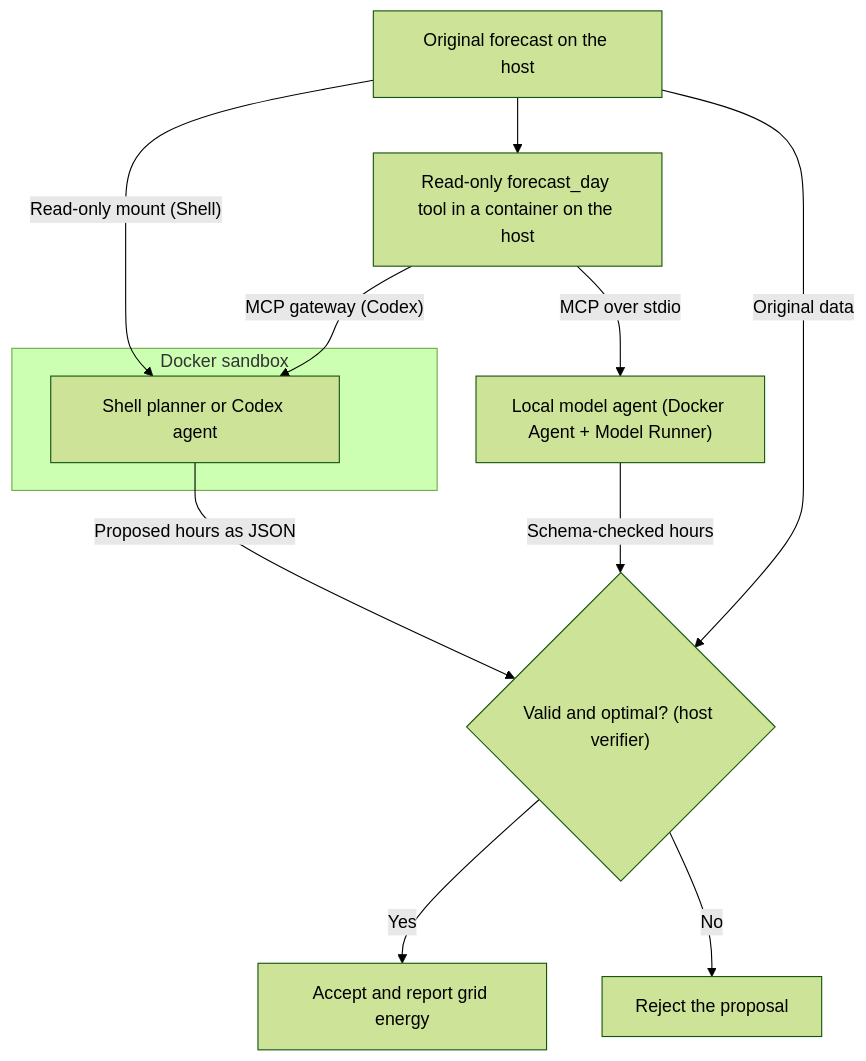
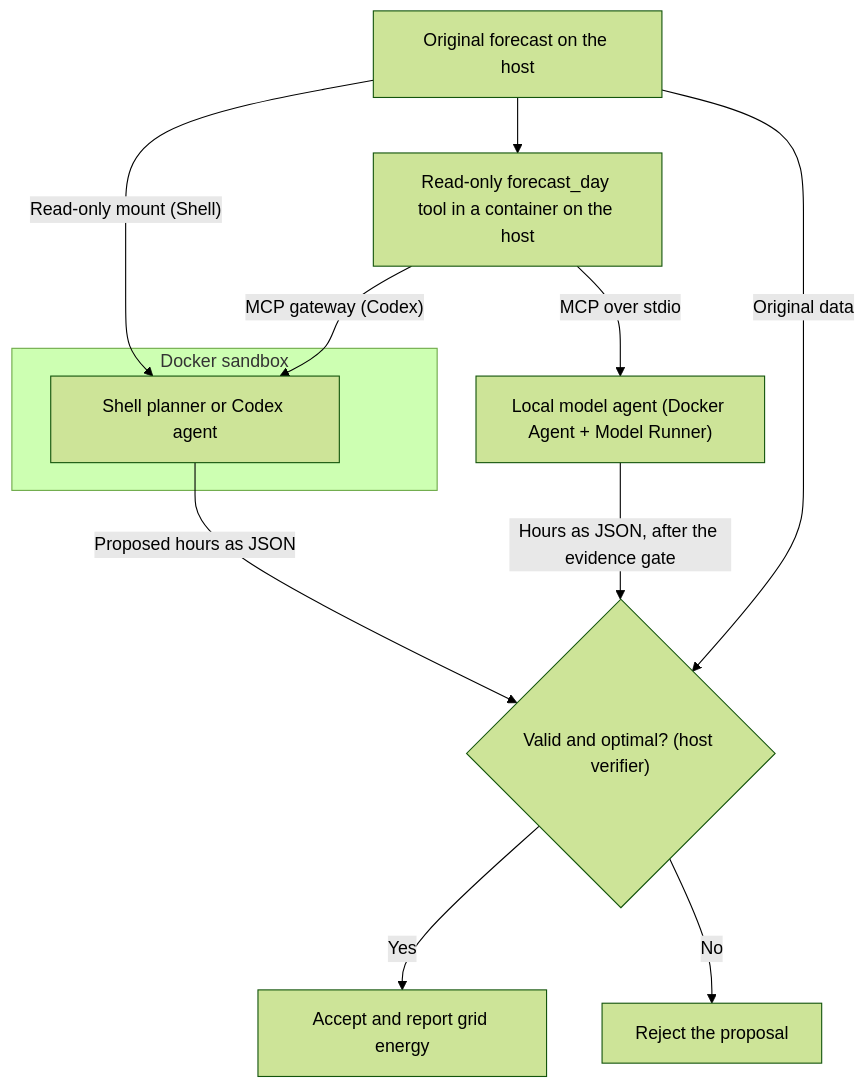
One commit to brunovicco/ai-agents-on-docker-lab changed the diagram in README.md. Above: the diagram before and after it, drawn with Mermaid (forest theme). The commit also changed 7 other files, not shown here.

First line of the commit message:
Ask the local model for a plain JSON answer and gate it from the transcript

````diff
--- a/README.md
+++ b/README.md
@@ -31,16 +31,16 @@
 ```mermaid
 flowchart TB
     Forecast["Original forecast on the host"]
     subgraph Sandbox["Docker sandbox"]
         Planner["Shell planner or Codex agent"]
     end
     Forecast -->|"Read-only mount (Shell)"| Planner
     Forecast --> MCP["Read-only forecast_day tool in a container on the host"]
     MCP -->|"MCP gateway (Codex)"| Planner
     MCP -->|"MCP over stdio"| Local["Local model agent (Docker Agent + Model Runner)"]
     Planner -->|"Proposed hours as JSON"| Verify{"Valid and optimal? (host verifier)"}
-    Local -->|"Schema-checked hours"| Verify
+    Local -->|"Hours as JSON, after the evidence gate"| Verify
     Forecast -->|"Original data"| Verify
     Verify -->|"Yes"| Accept["Accept and report grid energy"]
     Verify -->|"No"| Reject["Reject the proposal"]
 ```
````
